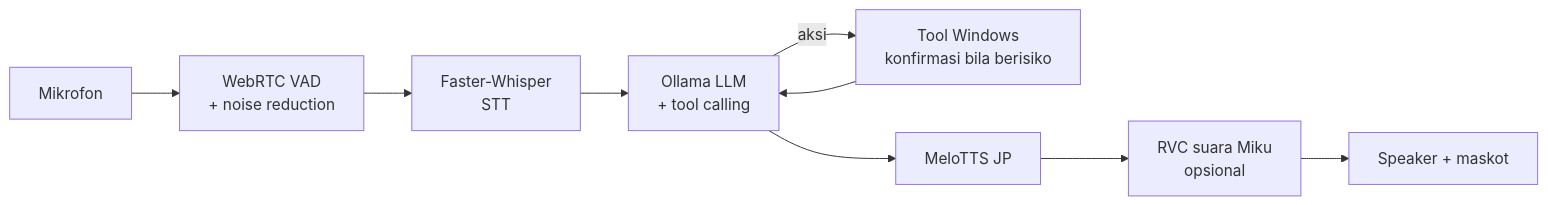
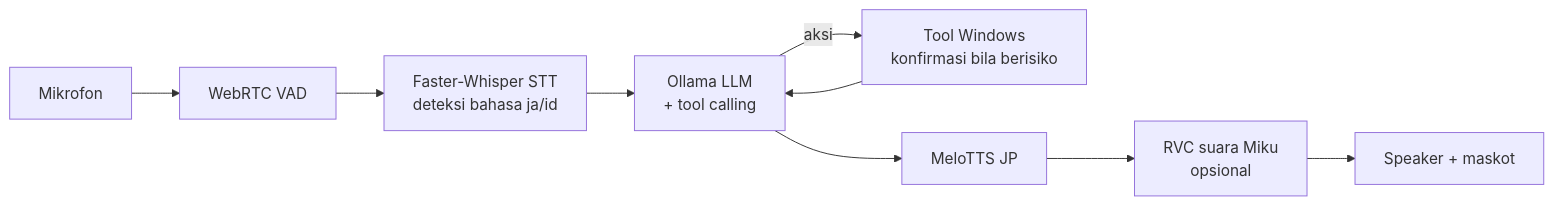
One commit to MocArjunnaja/MikuVision changed the diagram in README.md. Above: the diagram before and after it, drawn with Mermaid. The commit also changed other lines of this file and 25 other files, not shown here.

````diff
--- a/README.md
+++ b/README.md
@@ -42,11 +42,11 @@
 ```mermaid
 flowchart LR
-    A[Mikrofon] --> B[WebRTC VAD<br>+ noise reduction]
-    B --> C[Faster-Whisper<br>STT]
+    A[Mikrofon] --> B[WebRTC VAD]
+    B --> C[Faster-Whisper STT<br>deteksi bahasa ja/id]
     C --> D[Ollama LLM<br>+ tool calling]
     D -->|aksi| E[Tool Windows<br>konfirmasi bila berisiko]
     E --> D
     D --> F[MeloTTS JP]
     F --> G[RVC suara Miku<br>opsional]
     G --> H[Speaker + maskot]
 ```
````
